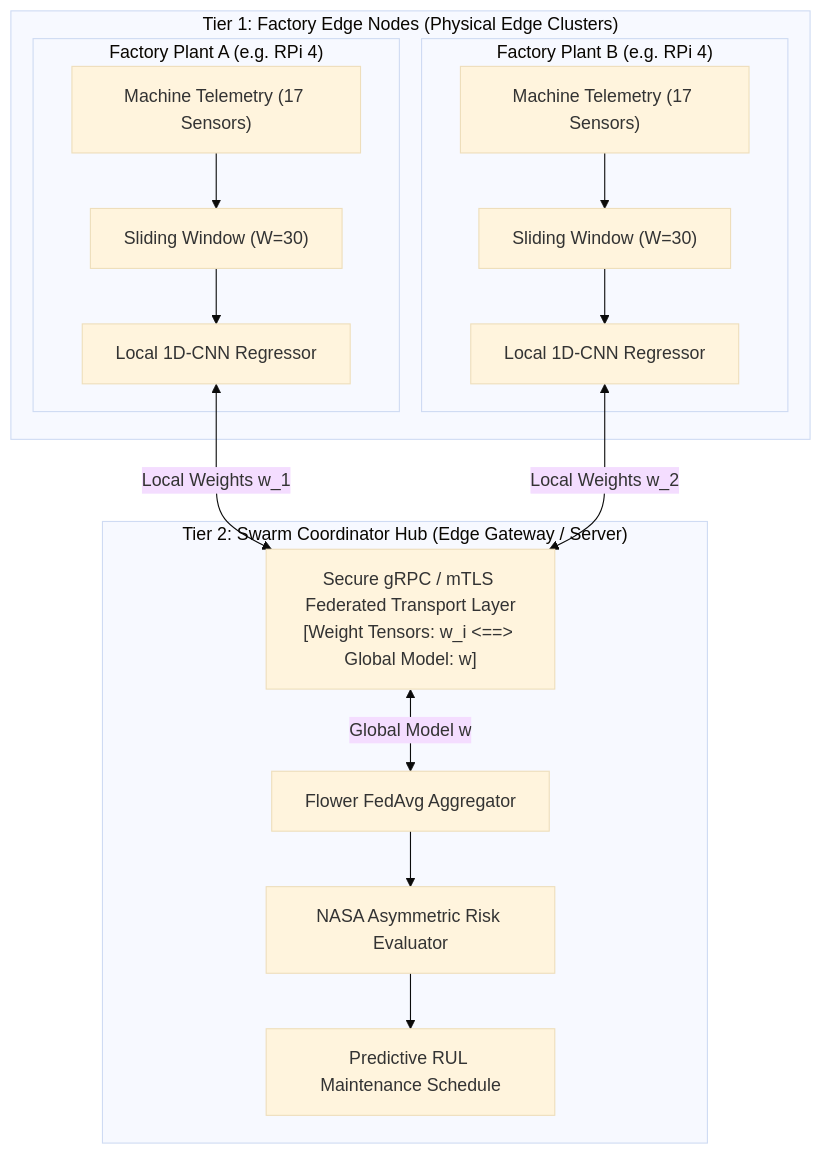
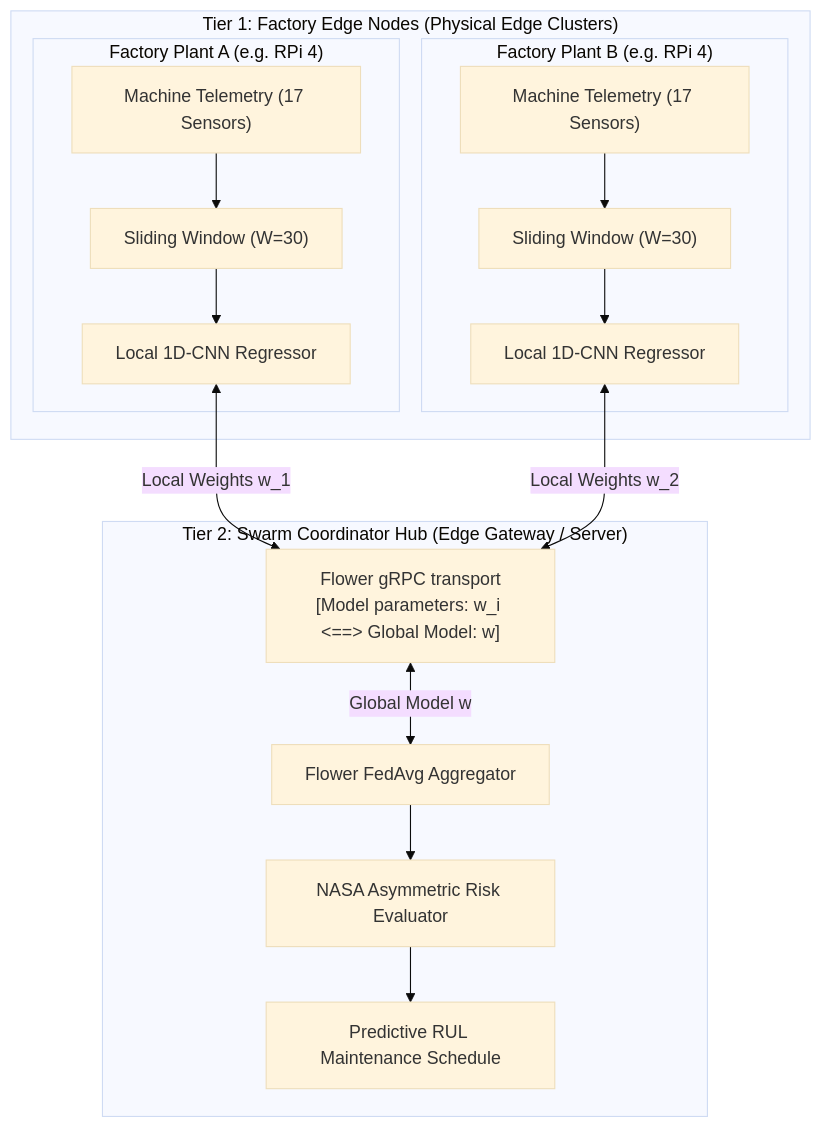
The diagram in README.md (eldemaster/FedPdM-Edge), drawn with Mermaid (base theme) before and after one commit. The commit also changed other lines of this file and 8 other files, not shown here.

````diff
--- a/README.md
+++ b/README.md
@@ -28,24 +28,24 @@
 ```mermaid
 flowchart TD
     subgraph Tier1["Tier 1: Factory Edge Nodes (Physical Edge Clusters)"]
         subgraph PlantA["Factory Plant A (e.g. RPi 4)"]
             SensorsA["Machine Telemetry (17 Sensors)"] --> PrepA["Sliding Window (W=30)"]
             PrepA --> ModelA["Local 1D-CNN Regressor"]
         end
         subgraph PlantB["Factory Plant B (e.g. RPi 4)"]
             SensorsB["Machine Telemetry (17 Sensors)"] --> PrepB["Sliding Window (W=30)"]
             PrepB --> ModelB["Local 1D-CNN Regressor"]
         end
     end
 
-    Bus["Secure gRPC / mTLS Federated Transport Layer<br/>[Weight Tensors: w_i <==> Global Model: w]"]
+    Bus["Flower gRPC transport<br/>[Model parameters: w_i <==> Global Model: w]"]
 
     ModelA <-->|"Local Weights w_1"| Bus
     ModelB <-->|"Local Weights w_2"| Bus
 
     subgraph Tier2["Tier 2: Swarm Coordinator Hub (Edge Gateway / Server)"]
         Bus <-->|"Global Model w"| Aggregator["Flower FedAvg Aggregator"]
         Aggregator --> Evaluator["NASA Asymmetric Risk Evaluator"]
         Evaluator --> Schedule["Predictive RUL Maintenance Schedule"]
     end
 ```
````
